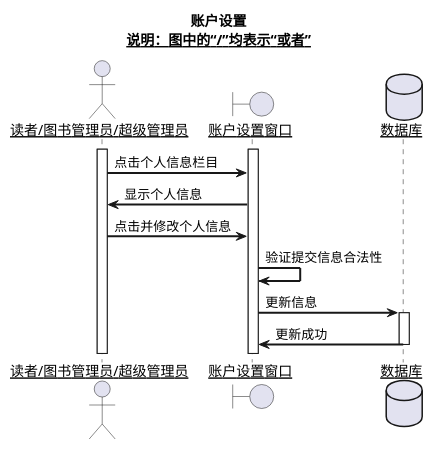
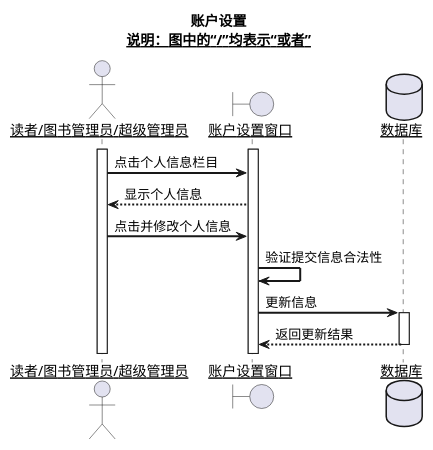
One commit to Landy7/is_analysis changed the diagram in test4/sequence2.md. Above: the diagram before and after it, drawn with PlantUML. The commit also changed 4 other files, not shown here.

```diff
--- a/test4/sequence2.md
+++ b/test4/sequence2.md
@@ -1,22 +1,22 @@
 @startuml
 title
  账户设置
  <u>说明：图中的“/”均表示“或者”</u>
 end title
 skinparam sequenceArrowThickness 2
 skinparam maxmessagesize 60
 skinparam sequenceParticipant underline
 actor "读者/图书管理员/超级管理员" as U
 boundary "账户设置窗口" as A
 database "数据库" as B
 activate U
 activate A
 U ->A:点击个人信息栏目
-A ->U:显示个人信息
+A -->U:显示个人信息
 U ->A:点击并修改个人信息
 A ->A:验证提交信息合法性
 A ->B:更新信息
 activate B
-B ->A:更新成功
+B -->A:返回更新结果
 deactivate B
 @enduml
```
